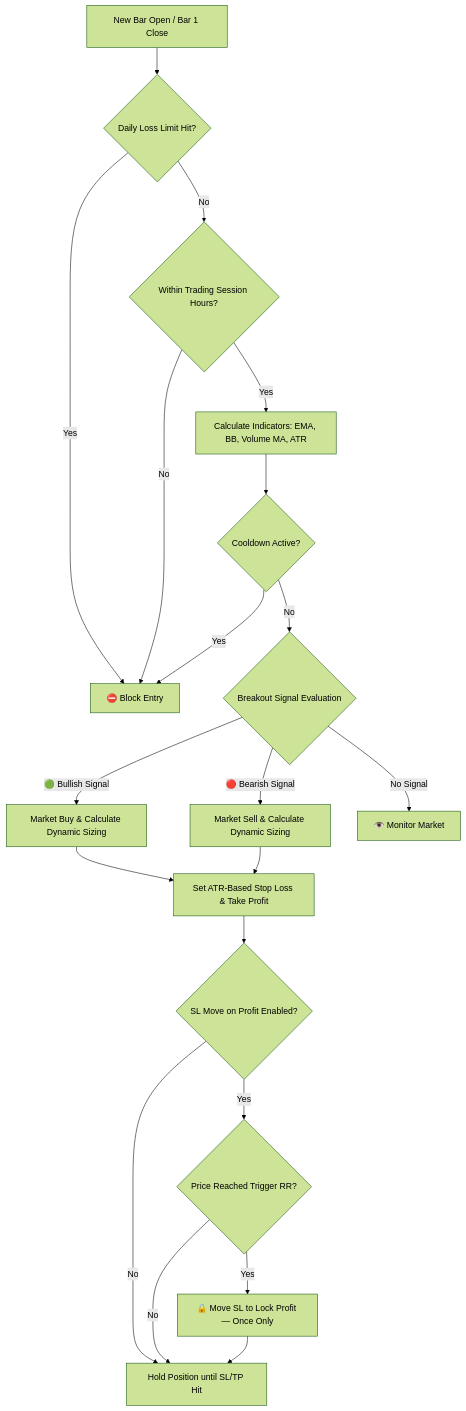
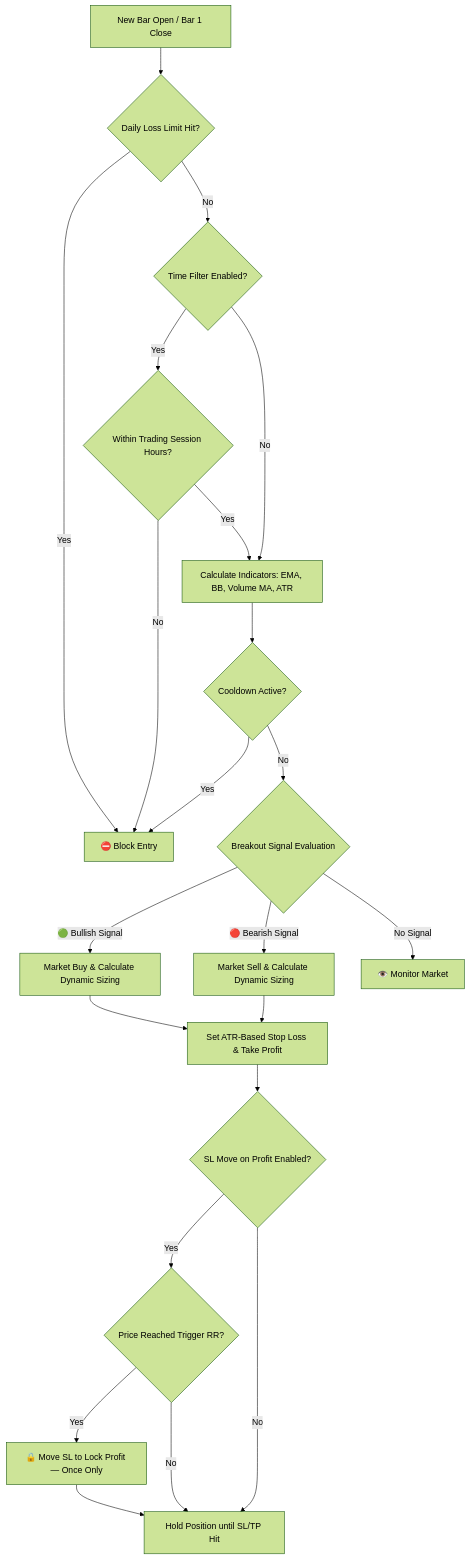
Before and after one commit to jzd101/breakout-follow-101: the first of 2 diagrams in README.md, drawn with Mermaid (forest theme). The commit also changed other lines of this file and 2 other files, not shown here.

Commit message:
feat: add optional time filter to allow trading throughout the entire day

````diff
--- a/README.md
+++ b/README.md
@@ -79,26 +79,28 @@
 ```mermaid
 flowchart TD
     A[New Bar Open / Bar 1 Close] --> B{Daily Loss Limit Hit?}
     B -- Yes --> C[⛔ Block Entry]
-    B -- No --> D{Within Trading Session Hours?}
+    B -- No --> TF{Time Filter Enabled?}
+    TF -- Yes --> D{Within Trading Session Hours?}
+    TF -- No --> E
     D -- No --> C
     D -- Yes --> E[Calculate Indicators: EMA, BB, Volume MA, ATR]
     E --> CC{Cooldown Active?}
     CC -- Yes --> C
     CC -- No --> F{Breakout Signal Evaluation}
 
     F -- 🟢 Bullish Signal --> G[Market Buy & Calculate Dynamic Sizing]
     F -- 🔴 Bearish Signal --> H[Market Sell & Calculate Dynamic Sizing]
     F -- No Signal --> I[👁️ Monitor Market]
 
     G --> J[Set ATR-Based Stop Loss & Take Profit]
     H --> J
 
     J --> K{SL Move on Profit Enabled?}
     K -- Yes --> L{Price Reached Trigger RR?}
     K -- No --> M[Hold Position until SL/TP Hit]
 
     L -- Yes --> N[🔒 Move SL to Lock Profit — Once Only]
     L -- No --> M
     N --> M
 ```
````
